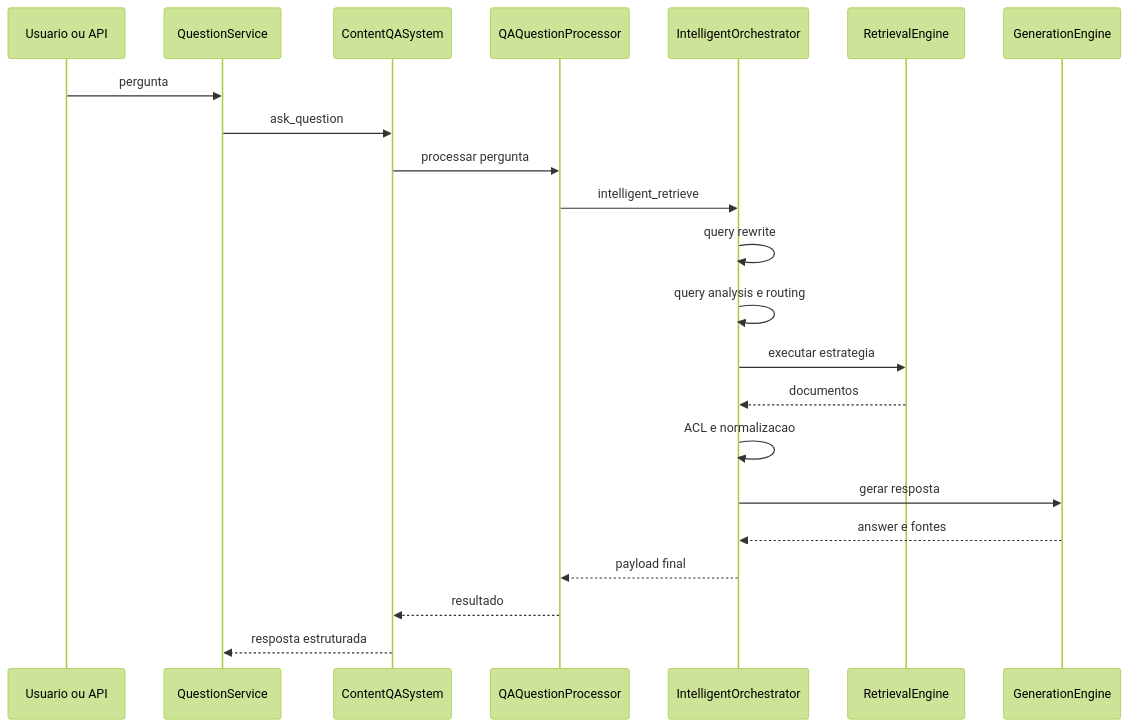
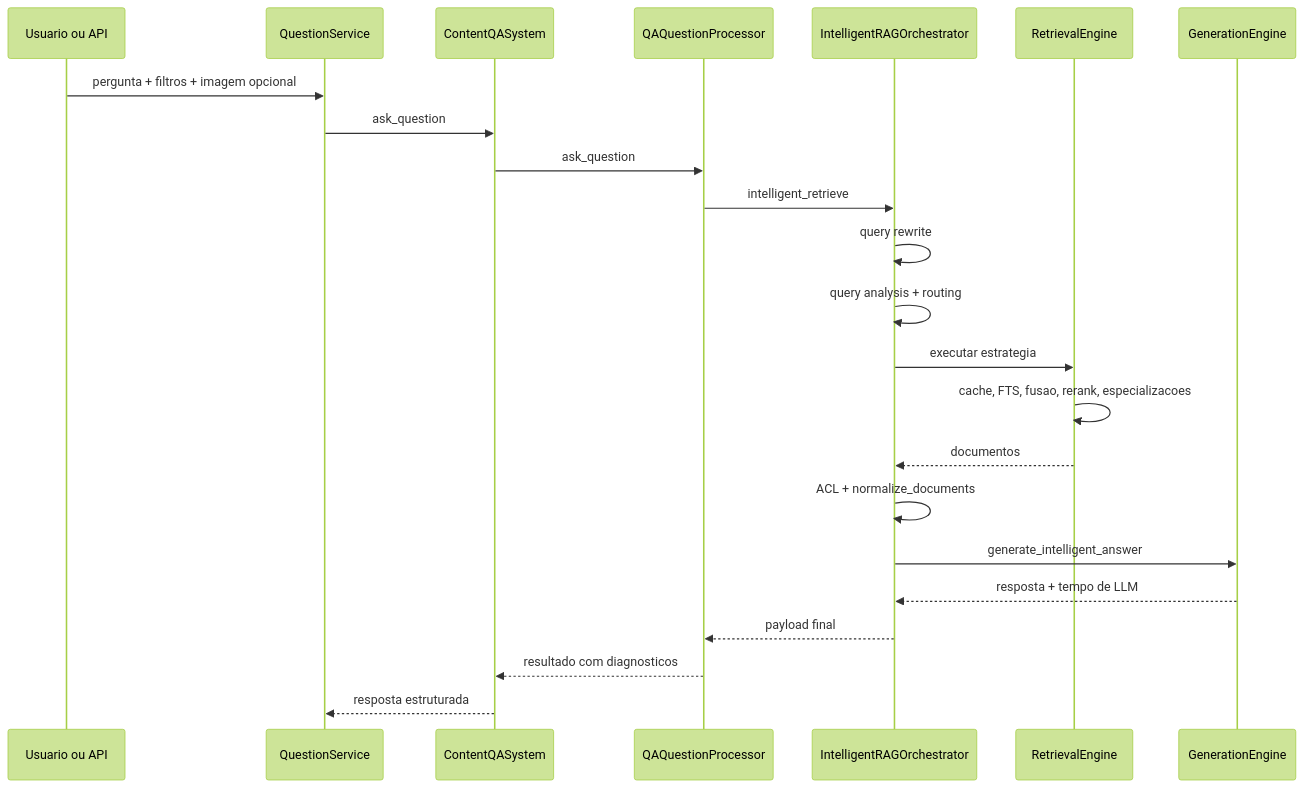
One commit to MEDIUM-FOOD/linx-food-docs changed the diagram in docs/README-TECNICO-RAG-PIPELINE-COMPLETO.md. Above: the diagram before and after it, drawn with Mermaid (forest theme). The commit also changed other lines of this file and 10 other files, not shown here.

````diff
--- a/docs/README-TECNICO-RAG-PIPELINE-COMPLETO.md
+++ b/docs/README-TECNICO-RAG-PIPELINE-COMPLETO.md
@@ -18,25 +55,26 @@
 ```mermaid
 sequenceDiagram
     participant U as Usuario ou API
     participant QS as QuestionService
     participant CQA as ContentQASystem
     participant QP as QAQuestionProcessor
-    participant IO as IntelligentOrchestrator
+    participant IO as IntelligentRAGOrchestrator
     participant RE as RetrievalEngine
     participant GE as GenerationEngine
 
-    U->>QS: pergunta
+    U->>QS: pergunta + filtros + imagem opcional
     QS->>CQA: ask_question
-    CQA->>QP: processar pergunta
+    CQA->>QP: ask_question
     QP->>IO: intelligent_retrieve
     IO->>IO: query rewrite
-    IO->>IO: query analysis e routing
+    IO->>IO: query analysis + routing
     IO->>RE: executar estrategia
+    RE->>RE: cache, FTS, fusao, rerank, especializacoes
     RE-->>IO: documentos
-    IO->>IO: ACL e normalizacao
-    IO->>GE: gerar resposta
-    GE-->>IO: answer e fontes
+    IO->>IO: ACL + normalize_documents
+    IO->>GE: generate_intelligent_answer
+    GE-->>IO: resposta + tempo de LLM
     IO-->>QP: payload final
-    QP-->>CQA: resultado
+    QP-->>CQA: resultado com diagnosticos
     CQA-->>QS: resposta estruturada
 ```
````
